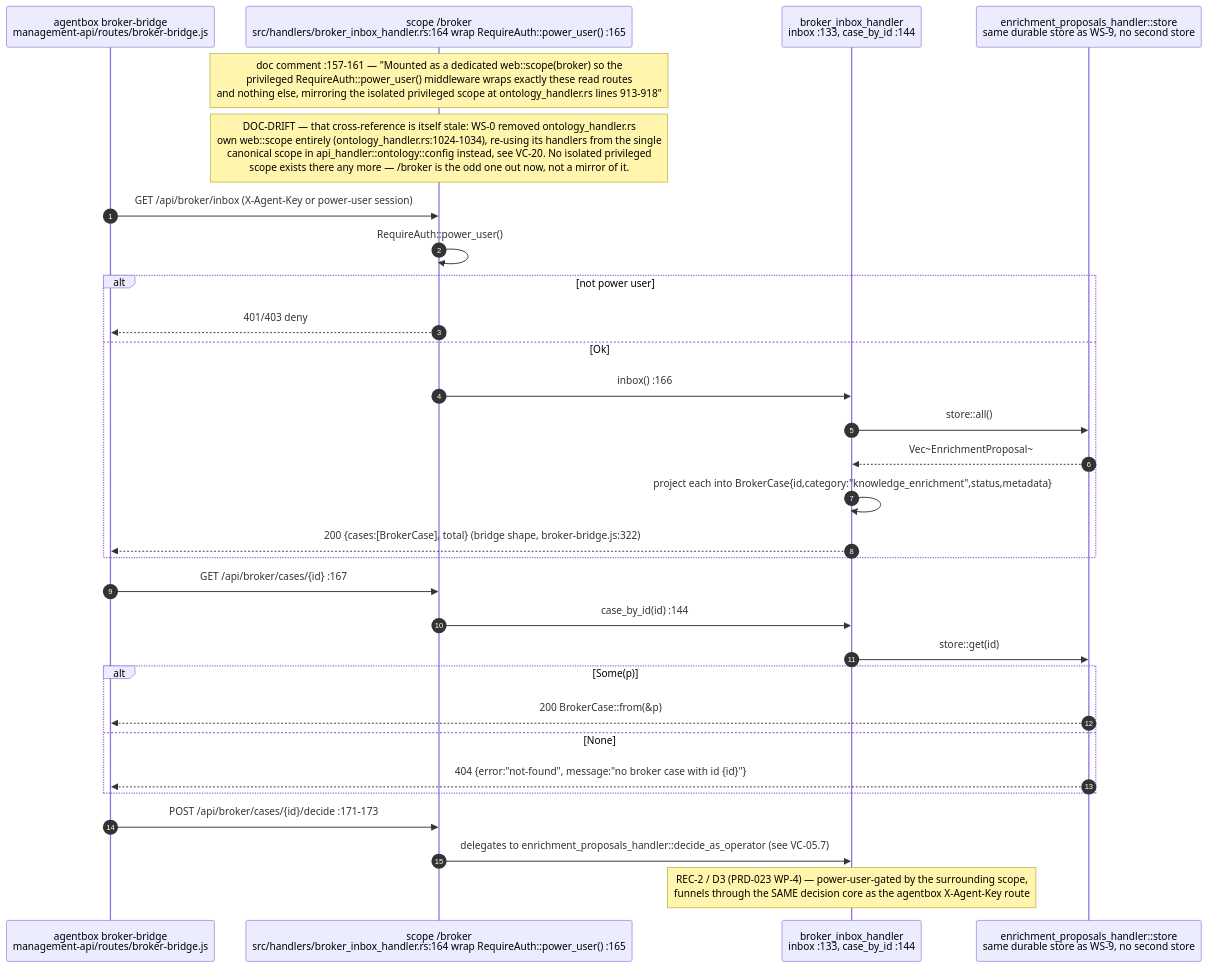
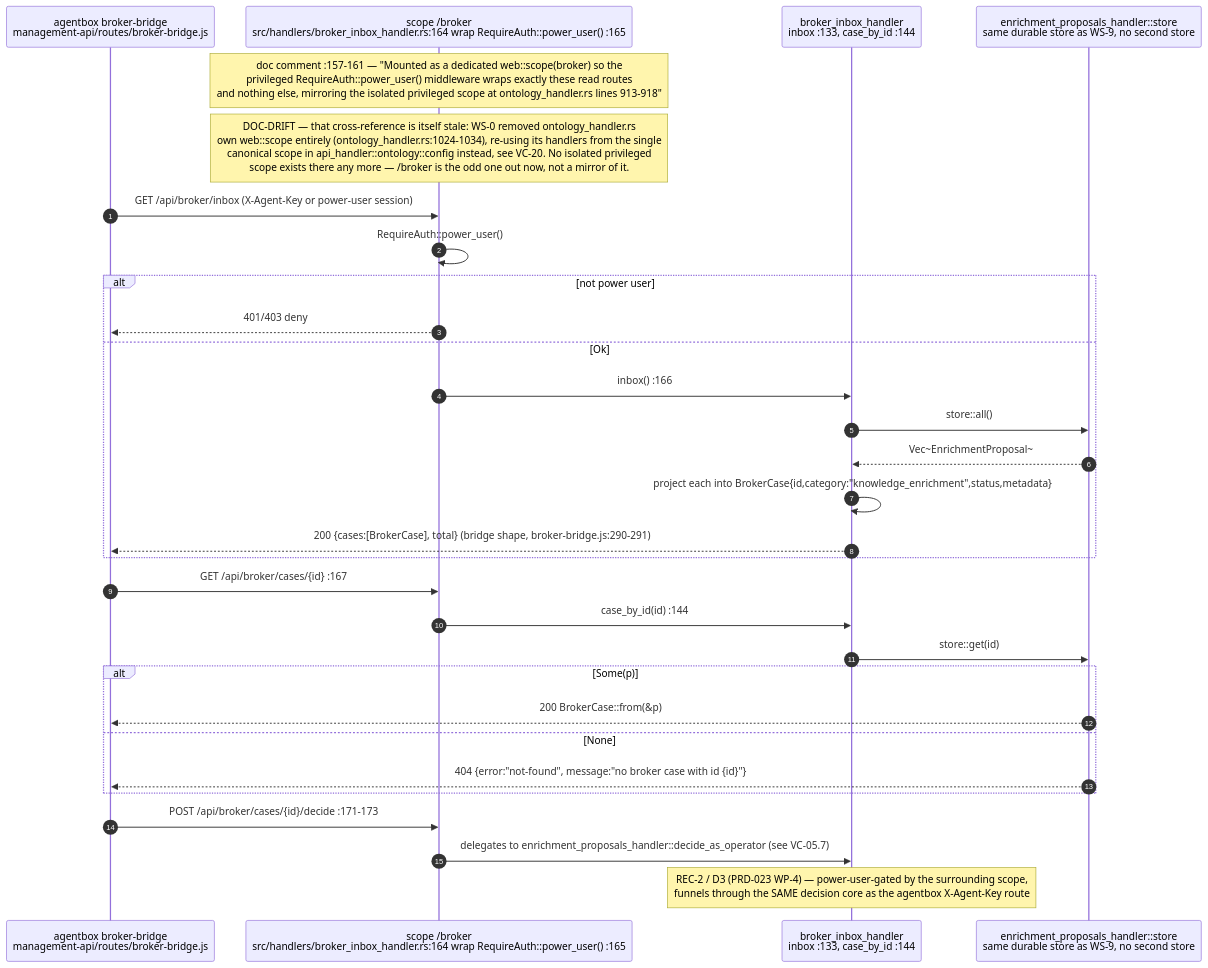
One commit to DreamLab-AI/VisionFlow changed the eighth of 18 diagrams in docs/diagrams/visionclaw/05-handlers-governance-and-identity.md. Above: the diagram before and after it, drawn with Mermaid. The commit also changed other lines of this file and 25 other files, not shown here.

````diff
--- a/docs/diagrams/visionclaw/05-handlers-governance-and-identity.md
+++ b/docs/diagrams/visionclaw/05-handlers-governance-and-identity.md
@@ -436,33 +436,33 @@
 ```mermaid
 sequenceDiagram
     autonumber
     participant C as agentbox broker-bridge<br/>management-api/routes/broker-bridge.js
     participant SC as scope /broker<br/>src/handlers/broker_inbox_handler.rs:164 wrap RequireAuth::power_user() :165
     participant H as broker_inbox_handler<br/>inbox :133, case_by_id :144
     participant ST as enrichment_proposals_handler::store<br/>same durable store as WS-9, no second store
 
     Note over SC: doc comment :157-161 — "Mounted as a dedicated web::scope(broker) so the<br/>privileged RequireAuth::power_user() middleware wraps exactly these read routes<br/>and nothing else, mirroring the isolated privileged scope at ontology_handler.rs lines 913-918"
     Note over SC: DOC-DRIFT — that cross-reference is itself stale: WS-0 removed ontology_handler.rs<br/>own web::scope entirely (ontology_handler.rs:1024-1034), re-using its handlers from the single<br/>canonical scope in api_handler::ontology::config instead, see VC-20. No isolated privileged<br/>scope exists there any more — /broker is the odd one out now, not a mirror of it.
     C->>SC: GET /api/broker/inbox (X-Agent-Key or power-user session)
     SC->>SC: RequireAuth::power_user()
     alt not power user
         SC-->>C: 401/403 deny
     else Ok
         SC->>H: inbox() :166
         H->>ST: store::all()
         ST-->>H: Vec~EnrichmentProposal~
         H->>H: project each into BrokerCase{id,category:"knowledge_enrichment",status,metadata}
-        H-->>C: 200 {cases:[BrokerCase], total} (bridge shape, broker-bridge.js:322)
+        H-->>C: 200 {cases:[BrokerCase], total} (bridge shape, broker-bridge.js:290-291)
     end
     C->>SC: GET /api/broker/cases/{id} :167
     SC->>H: case_by_id(id) :144
     H->>ST: store::get(id)
     alt Some(p)
         ST-->>C: 200 BrokerCase::from(&p)
     else None
         ST-->>C: 404 {error:"not-found", message:"no broker case with id {id}"}
     end
     C->>SC: POST /api/broker/cases/{id}/decide :171-173
     SC->>H: delegates to enrichment_proposals_handler::decide_as_operator (see VC-05.7)
     Note over H: REC-2 / D3 (PRD-023 WP-4) — power-user-gated by the surrounding scope,<br/>funnels through the SAME decision core as the agentbox X-Agent-Key route
 ```
````
